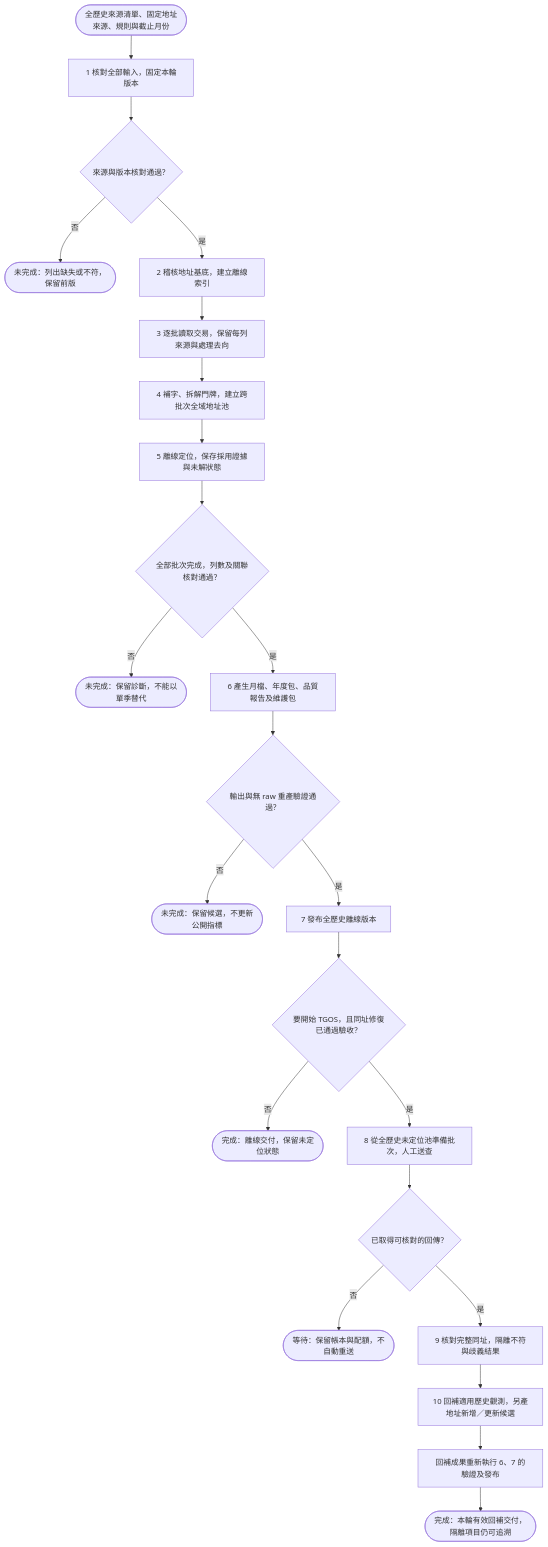
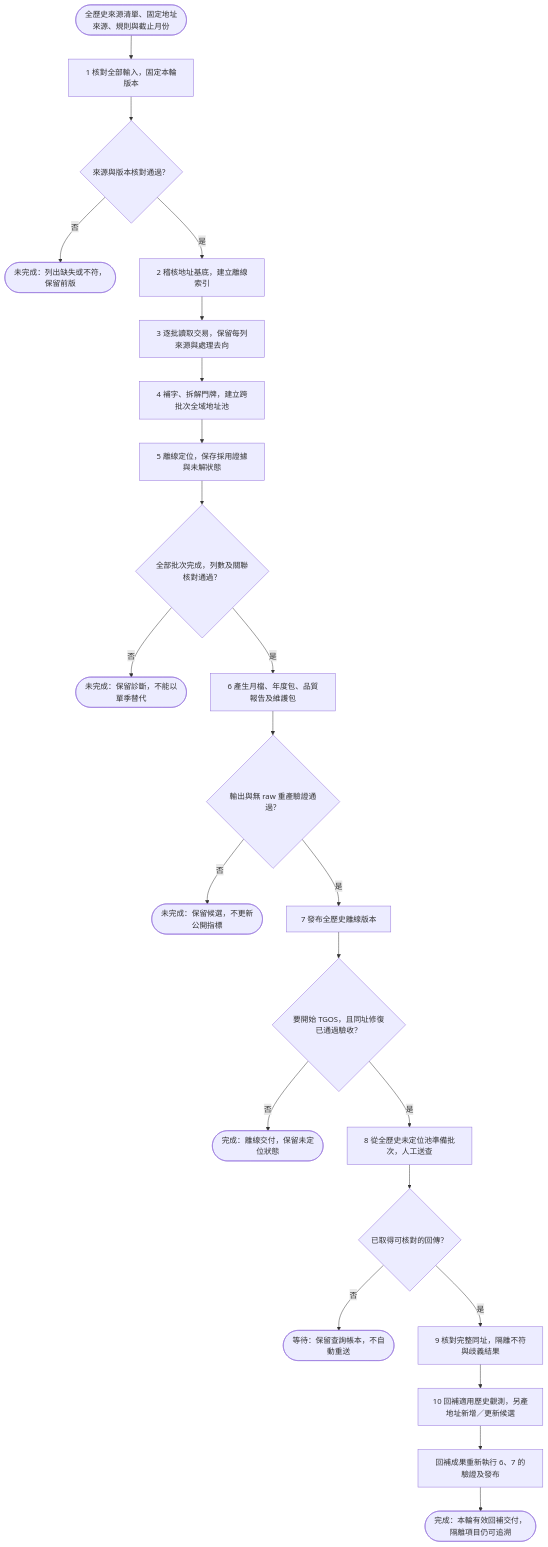
One commit to monkey1wizard/taiwan-lvr-geodata changed the diagram in docs/architecture.md. Above: the diagram before and after it, drawn with Mermaid. The commit also changed other lines of this file and 8 other files, not shown here.

````diff
--- a/docs/architecture.md
+++ b/docs/architecture.md
@@ -26,43 +26,43 @@
 ```mermaid
 flowchart TD
     source(["全歷史來源清單、固定地址來源、規則與截止月份"])
     inventory["1 核對全部輸入，固定本輪版本"]
     sourcesOK{"來源與版本核對通過？"}
     sourceFailure(["未完成：列出缺失或不符，保留前版"])
     index["2 稽核地址基底，建立離線索引"]
     transactions["3 逐批讀取交易，保留每列來源與處理去向"]
     addresses["4 補字、拆解門牌，建立跨批次全域地址池"]
     offline["5 離線定位，保存採用證據與未解狀態"]
     allComplete{"全部批次完成，列數及關聯核對通過？"}
     incomplete(["未完成：保留診斷，不能以單季替代"])
     package["6 產生月檔、年度包、品質報告及維護包"]
     outputOK{"輸出與無 raw 重產驗證通過？"}
     outputFailure(["未完成：保留候選，不更新公開指標"])
     publish["7 發布全歷史離線版本"]
     useTGOS{"要開始 TGOS，且同址修復已通過驗收？"}
     offlineDone(["完成：離線交付，保留未定位狀態"])
     query["8 從全歷史未定位池準備批次，人工送查"]
     responseReady{"已取得可核對的回傳？"}
-    waiting(["等待：保留帳本與配額，不自動重送"])
+    waiting(["等待：保留查詢帳本，不自動重送"])
     validate["9 核對完整同址，隔離不符與歧義結果"]
     backfill["10 回補適用歷史觀測，另產地址新增／更新候選"]
     republish["回補成果重新執行 6、7 的驗證及發布"]
     done(["完成：本輪有效回補交付，隔離項目仍可追溯"])
 
     source --> inventory --> sourcesOK
     sourcesOK -->|否| sourceFailure
     sourcesOK -->|是| index
     index --> transactions --> addresses --> offline --> allComplete
     allComplete -->|否| incomplete
     allComplete -->|是| package
     package --> outputOK
     outputOK -->|否| outputFailure
     outputOK -->|是| publish
     publish --> useTGOS
     useTGOS -->|否| offlineDone
     useTGOS -->|是| query
     query --> responseReady
     responseReady -->|否| waiting
     responseReady -->|是| validate
     validate --> backfill --> republish --> done
 ```
````
